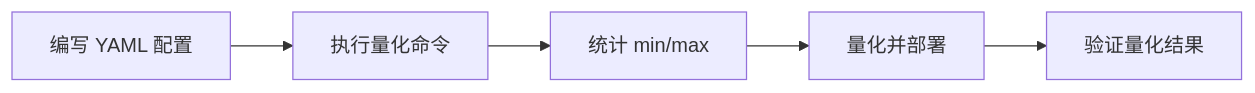
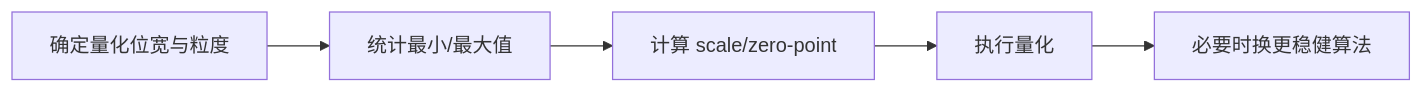
Before and after one commit to mindstudio-docs/master: the diagram in msmodelslim/docs/zh/knowledge_base/quantization_algorithms/minmax/usage_minmax.md, drawn with Mermaid. The commit also changed other lines of this file and 73 other files, not shown here.

````diff
--- a/msmodelslim/docs/zh/knowledge_base/quantization_algorithms/minmax/usage_minmax.md
+++ b/msmodelslim/docs/zh/knowledge_base/quantization_algorithms/minmax/usage_minmax.md
@@ -41,7 +24,7 @@
 ```mermaid
 flowchart LR
-    A[编写 YAML 配置] --> B[执行量化命令]
-    B --> C[统计 min/max]
-    C --> D[量化并部署]
-    D --> E[验证量化结果]
+    A[确定量化位宽与粒度] --> B[统计最小/最大值]
+    B[统计最小/最大值] --> C[计算 scale/zero-point]
+    C[计算 scale/zero-point] --> D[执行量化]
+    D[执行量化] --> E[必要时换更稳健算法]
 ```
````
